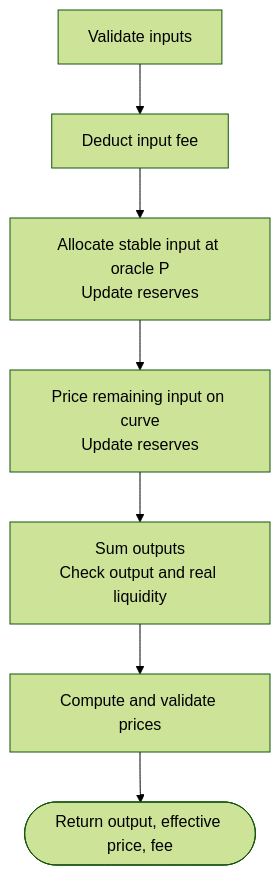
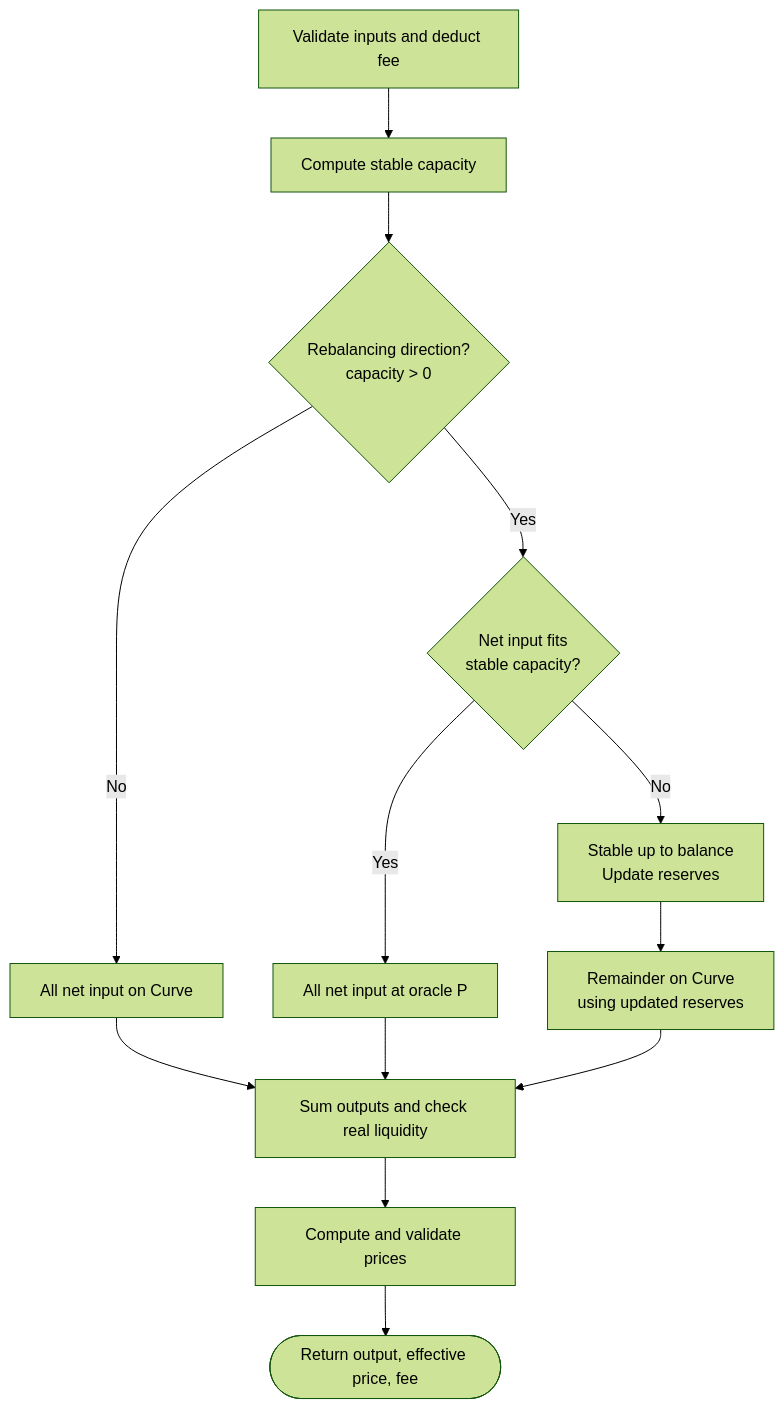
The diagram in part1_pricing/MODEL.md (JOYHSU-QUANT/propamm-takehome), drawn with Mermaid (forest theme) before and after one commit. The commit also changed other lines of this file, not shown here.

Commit message:
docs: show stable and curve branches in quote flowchart

````diff
--- a/part1_pricing/MODEL.md
+++ b/part1_pricing/MODEL.md
@@ -10,9 +10,15 @@
 ```mermaid
 flowchart TD
-    Validate[Validate inputs] --> Fee[Deduct input fee]
-    Fee --> Stable[Allocate stable input at oracle P<br/>Update reserves]
-    Stable --> Curve[Price remaining input on curve<br/>Update reserves]
-    Curve --> Output[Sum outputs<br/>Check output and real liquidity]
+    Start[Validate inputs and deduct fee] --> Capacity[Compute stable capacity]
+    Capacity --> Rebalance{"Rebalancing direction?<br/>capacity > 0"}
+    Rebalance -->|No| CurveOnly[All net input on Curve]
+    Rebalance -->|Yes| Fits{"Net input fits<br/>stable capacity?"}
+    Fits -->|Yes| StableOnly[All net input at oracle P]
+    Fits -->|No| StableFirst[Stable up to balance<br/>Update reserves]
+    StableFirst --> CurveRest[Remainder on Curve<br/>using updated reserves]
+    CurveOnly --> Output[Sum outputs and check real liquidity]
+    StableOnly --> Output
+    CurveRest --> Output
     Output --> Price[Compute and validate prices]
     Price --> Return([Return output, effective price, fee])
 ```
````
